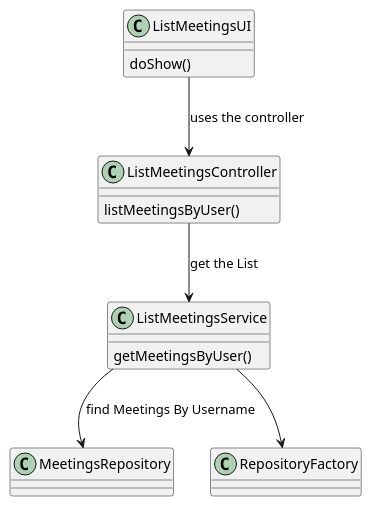
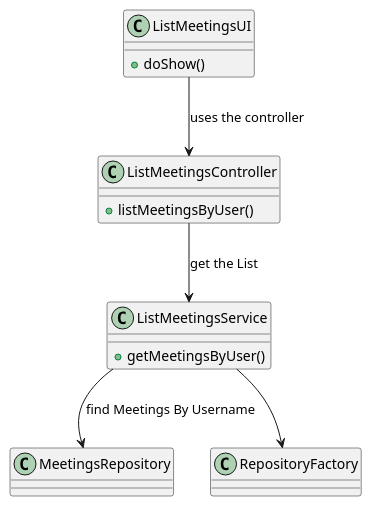
One commit to mascenso/isep-sem4-lapr4 changed the diagram in docs/SPRINT C/US4004 - View a list of participants in my meeting and their status/Class_Diagram.puml. Above: the diagram before and after it, drawn with PlantUML. The commit also changed 11 other files, not shown here.

Commit message:
[Sprint C][US4003] - implementation of the class diagram, sequence diagram and use case diagram

```diff
--- a/docs/SPRINT C/US4004 - View a list of participants in my meeting and their status/Class_Diagram.puml
+++ b/docs/SPRINT C/US4004 - View a list of participants in my meeting and their status/Class_Diagram.puml
@@ -1,27 +1,27 @@
 @startuml
 'https://plantuml.com/class-diagram
 
 class ListMeetingsUI {
-    doShow()
+    + doShow()
 }
 
 class ListMeetingsController {
-    listMeetingsByUser()
+    + listMeetingsByUser()
 }
 
 class ListMeetingsService {
-    getMeetingsByUser()
+    + getMeetingsByUser()
 }
 
 class MeetingsRepository {
 }
 
 class RepositoryFactory {
 }
 
 ListMeetingsUI -down-> ListMeetingsController   : uses the controller
 ListMeetingsController --> ListMeetingsService  : get the List
 ListMeetingsService --> RepositoryFactory
 ListMeetingsService --> MeetingsRepository      : find Meetings By Username
 
 @enduml
```
